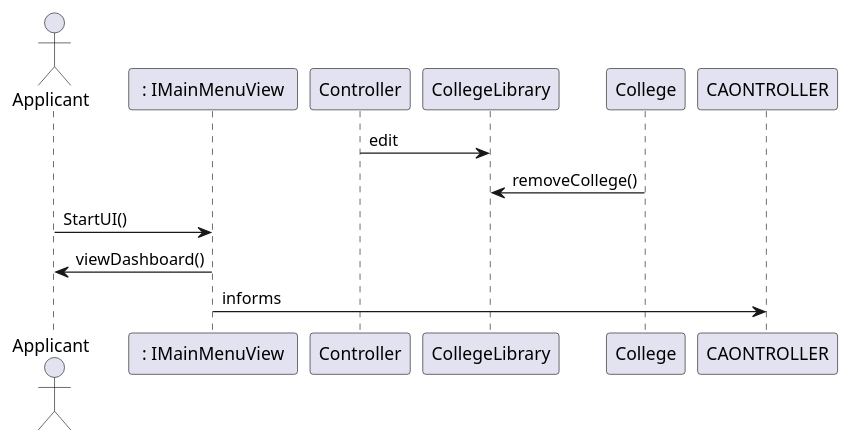
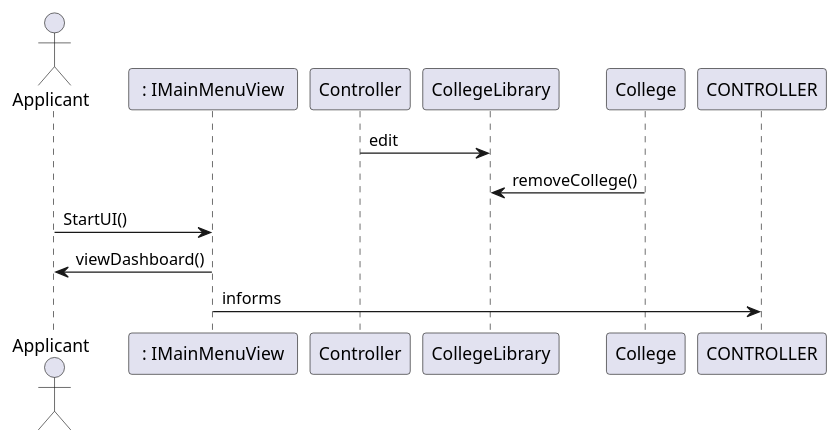
One commit to jlederer33/Essay-Review-App changed the second of 5 diagrams in intellij/doc/design.md. Above: the diagram before and after it, drawn with PlantUML. The commit also changed other lines of this file and 2 other files, not shown here.

````diff
--- a/intellij/doc/design.md
+++ b/intellij/doc/design.md
@@ -16,11 +16,11 @@
 ```plantuml
 actor Applicant as applicant
 participant " : IMainMenuView " as IMainMenuView
 Controller -> CollegeLibrary : edit
 CollegeLibrary <- College : removeCollege()
 applicant -> IMainMenuView : StartUI()
 applicant <- IMainMenuView : viewDashboard()
-IMainMenuView-> CAONTROLLER : informs
+IMainMenuView-> CONTROLLER : informs
 
 
 ```
````
